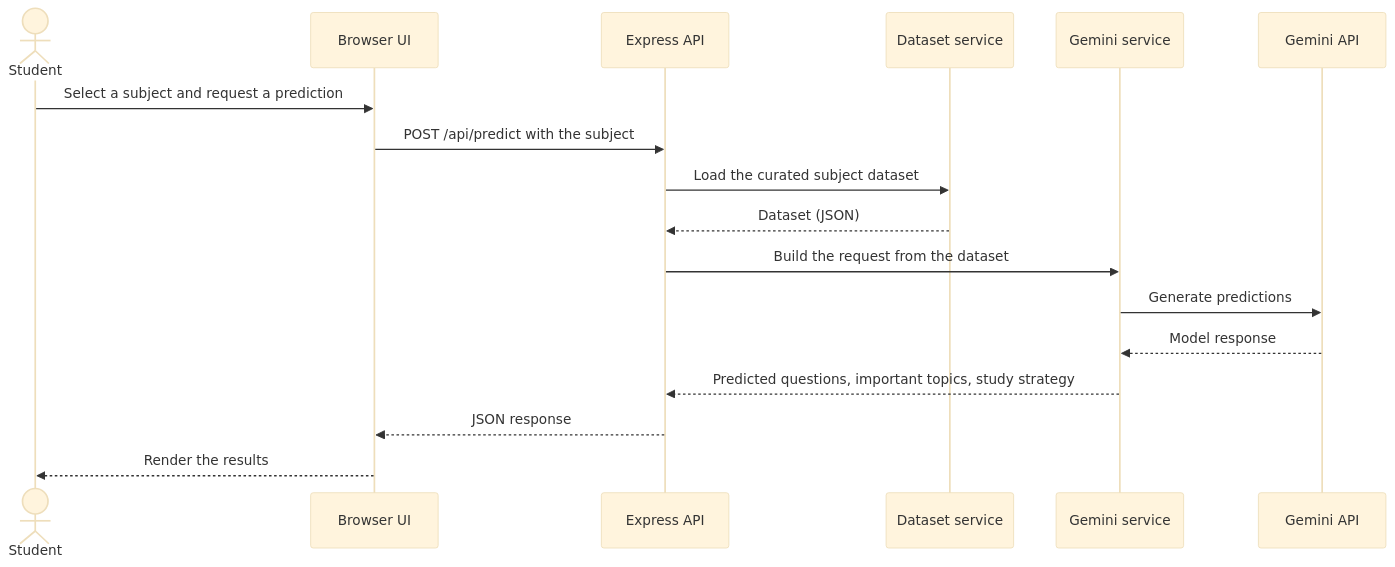
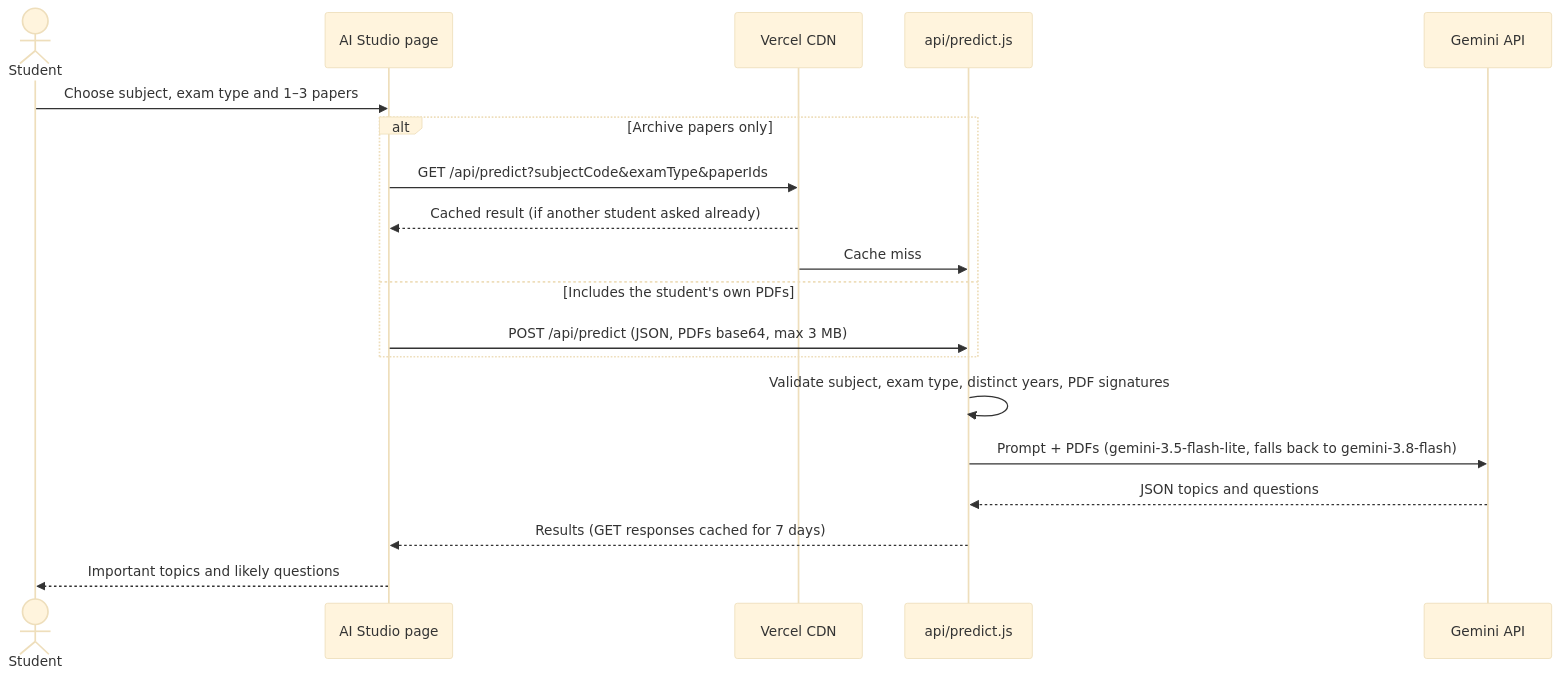
The second of 2 diagrams in README.md (kritika89898/ExamForge), drawn with Mermaid (base theme) before and after one commit. The commit also changed other lines of this file and 16 other files, not shown here.

````diff
--- a/README.md
+++ b/README.md
@@ -121,20 +111,22 @@
 ```mermaid
 sequenceDiagram
     actor S as Student
-    participant UI as Browser UI
-    participant API as Express API
-    participant DS as Dataset service
-    participant GS as Gemini service
+    participant UI as AI Studio page
+    participant CDN as Vercel CDN
+    participant F as api/predict.js
     participant AI as Gemini API
 
-    S->>UI: Select a subject and request a prediction
-    UI->>API: POST /api/predict with the subject
-    API->>DS: Load the curated subject dataset
-    DS-->>API: Dataset (JSON)
-    API->>GS: Build the request from the dataset
-    GS->>AI: Generate predictions
-    AI-->>GS: Model response
-    GS-->>API: Predicted questions, important topics, study strategy
-    API-->>UI: JSON response
-    UI-->>S: Render the results
+    S->>UI: Choose subject, exam type and 1–3 papers
+    alt Archive papers only
+        UI->>CDN: GET /api/predict?subjectCode&examType&paperIds
+        CDN-->>UI: Cached result (if another student asked already)
+        CDN->>F: Cache miss
+    else Includes the student's own PDFs
+        UI->>F: POST /api/predict (JSON, PDFs base64, max 3 MB)
+    end
+    F->>F: Validate subject, exam type, distinct years, PDF signatures
+    F->>AI: Prompt + PDFs (gemini-3.5-flash-lite, falls back to gemini-3.8-flash)
+    AI-->>F: JSON topics and questions
+    F-->>UI: Results (GET responses cached for 7 days)
+    UI-->>S: Important topics and likely questions
 ```
````
